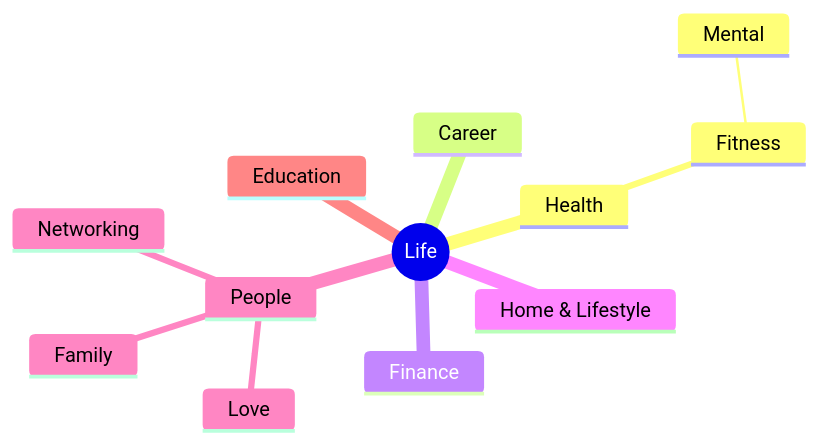
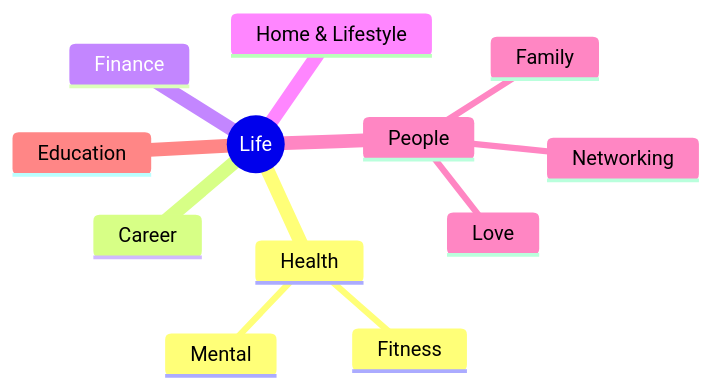
One commit to ChrisW-priv/PersonalVault changed the diagram in zettelkasten/Life engineered.md. Above: the diagram before and after it, drawn with Mermaid. The commit also changed 1 other file, not shown here.

````diff
--- a/zettelkasten/Life engineered.md
+++ b/zettelkasten/Life engineered.md
@@ -33,15 +33,15 @@
 ```mermaid
 mindmap
   root((Life))
     Health
-	    Fitness
+        Fitness
         Mental
     Career
     Finance
     Home & Lifestyle
     People
         Family
         Networking
         Love
     Education
 ```
````
